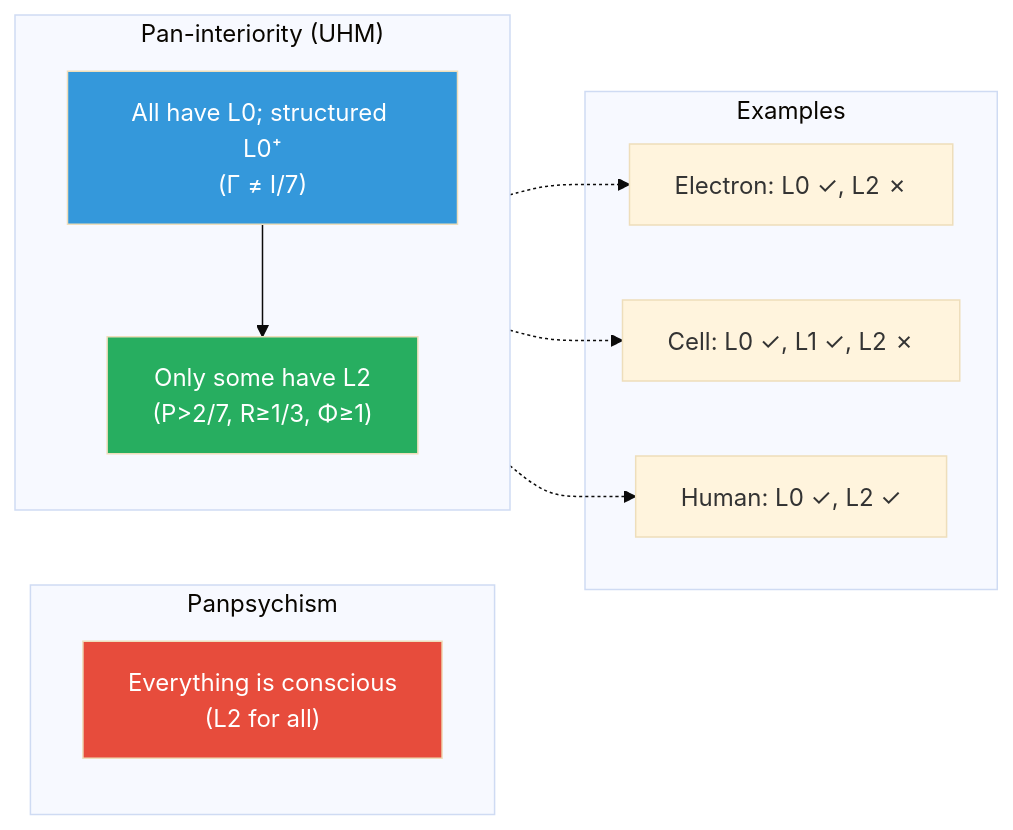
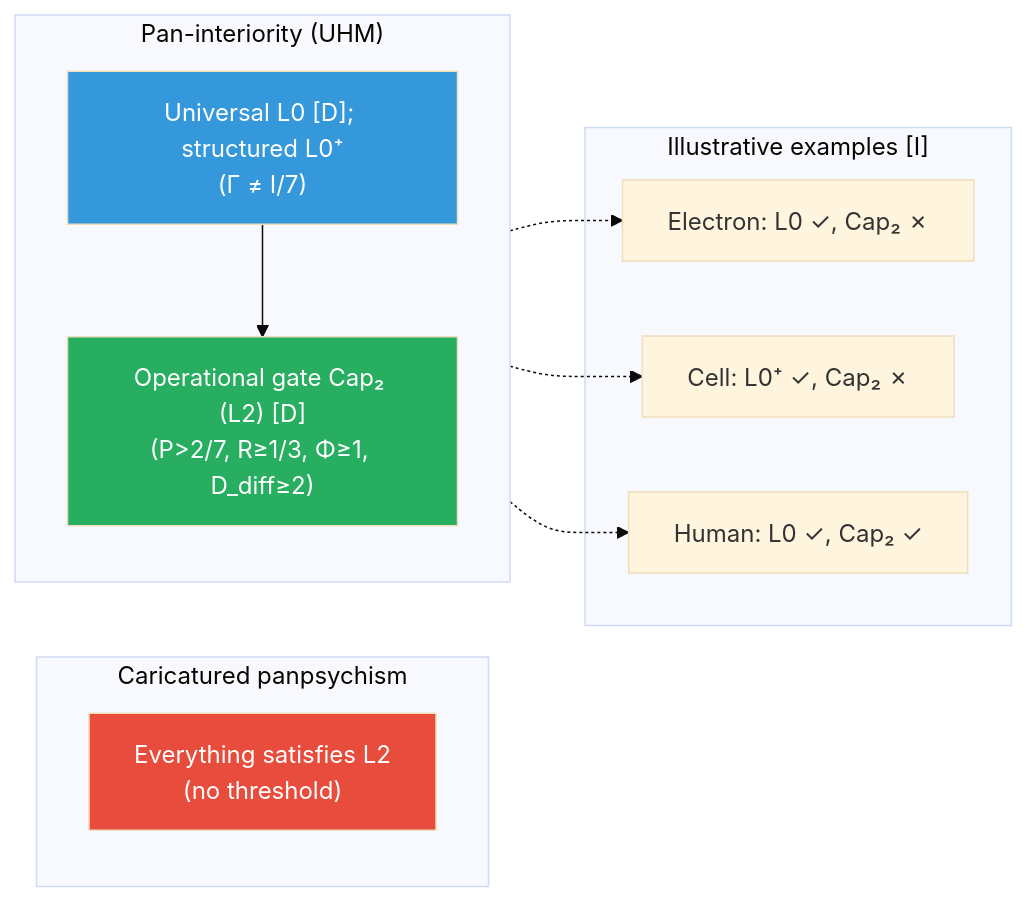
Before and after one commit to gst-st/uhm: the first of 2 diagrams in website/docs/consciousness/comparative/panpsychism-analysis.md, drawn with Mermaid (base theme). The commit also changed other lines of this file and 376 other files, not shown here.

First line of the commit message:
Refactor UHM canon, decontaminate architecture, and verify EN/RU parity

````diff
--- a/website/docs/consciousness/comparative/panpsychism-analysis.md
+++ b/website/docs/consciousness/comparative/panpsychism-analysis.md
@@ -220,28 +160,28 @@
 ```mermaid
 graph LR
-    subgraph "Panpsychism"
+    subgraph "Caricatured panpsychism"
         direction TB
-        ALL_CONS["Everything is conscious<br/>(L2 for all)"]
+        ALL_CONS["Everything satisfies L2<br/>(no threshold)"]
     end
 
     subgraph "Pan-interiority (UHM)"
         direction TB
-        ALL_L0["All have L0; structured L0⁺<br/>(Γ ≠ I/7)"]
-        SOME_L2["Only some have L2<br/>(P>2/7, R≥1/3, Φ≥1)"]
+        ALL_L0["Universal L0 [D]; structured L0⁺<br/>(Γ ≠ I/7)"]
+        SOME_L2["Operational gate Cap₂ (L2) [D]<br/>(P>2/7, R≥1/3, Φ≥1, D_diff≥2)"]
         ALL_L0 --> SOME_L2
     end
 
-    subgraph "Examples"
-        ELEC["Electron: L0 ✓, L2 ✗"]
-        CELL["Cell: L0 ✓, L1 ✓, L2 ✗"]
-        HUMAN["Human: L0 ✓, L2 ✓"]
+    subgraph "Illustrative examples [I]"
+        ELEC["Electron: L0 ✓, Cap₂ ✗"]
+        CELL["Cell: L0⁺ ✓, Cap₂ ✗"]
+        HUMAN["Human: L0 ✓, Cap₂ ✓"]
     end
 
     ALL_L0 -.-> ELEC
     ALL_L0 -.-> CELL
     SOME_L2 -.-> HUMAN
 
     style ALL_CONS fill:#e74c3c,color:#fff
     style ALL_L0 fill:#3498db,color:#fff
     style SOME_L2 fill:#27ae60,color:#fff
 ```
````
